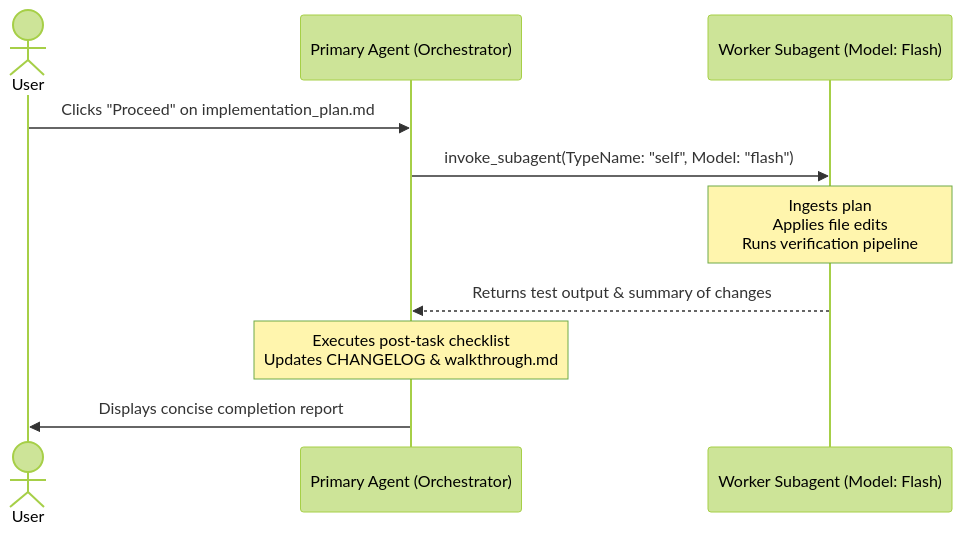
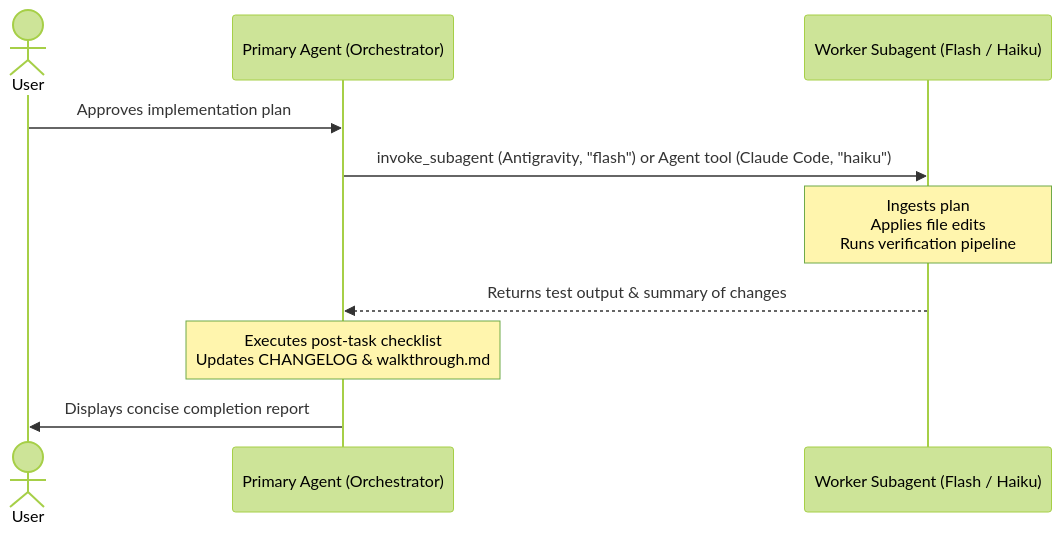
The diagram in .agents/skills/execute-plan/SKILL.md (SteveRodrigue/MCD), drawn with Mermaid (forest theme) before and after one commit. The commit also changed other lines of this file, not shown here.

Commit message:
chore(tooling): Support Claude Code Haiku worker in execute-plan skill

````diff
--- a/.agents/skills/execute-plan/SKILL.md
+++ b/.agents/skills/execute-plan/SKILL.md
@@ -25,13 +25,13 @@
 ```mermaid
 sequenceDiagram
     actor User
     participant Primary as Primary Agent (Orchestrator)
-    participant Subagent as Worker Subagent (Model: Flash)
+    participant Subagent as Worker Subagent (Flash / Haiku)
 
-    User->>Primary: Clicks "Proceed" on implementation_plan.md
-    Primary->>Subagent: invoke_subagent(TypeName: "self", Model: "flash")
+    User->>Primary: Approves implementation plan
+    Primary->>Subagent: invoke_subagent (Antigravity, "flash") or Agent tool (Claude Code, "haiku")
     Note over Subagent: Ingests plan<br/>Applies file edits<br/>Runs verification pipeline
     Subagent-->>Primary: Returns test output & summary of changes
     Note over Primary: Executes post-task checklist<br/>Updates CHANGELOG & walkthrough.md
     Primary->>User: Displays concise completion report
 ```
````
